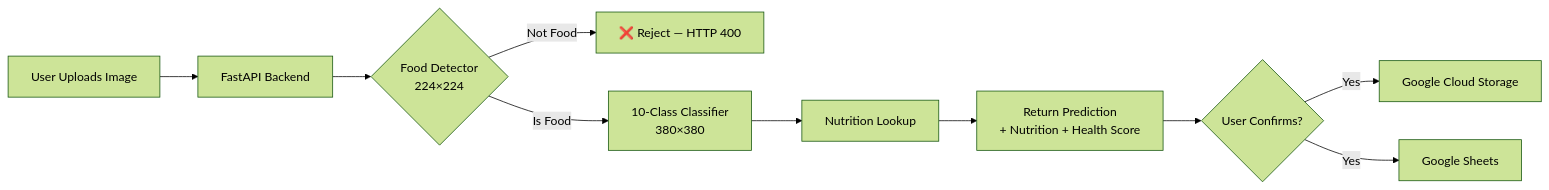
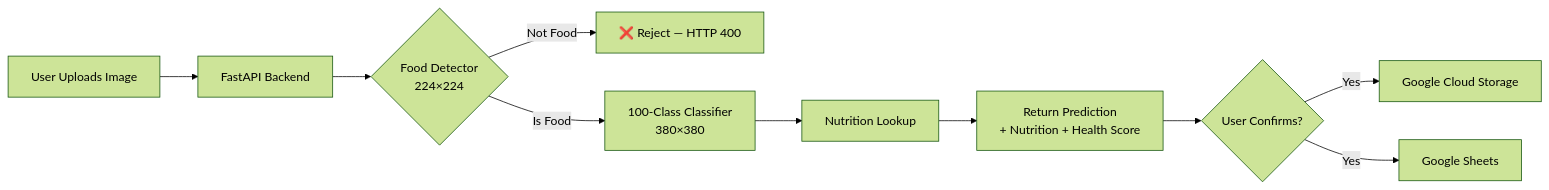
One commit to PaingLinHtike/Nutrify changed the first of 2 diagrams in README.md. Above: the diagram before and after it, drawn with Mermaid (forest theme). The commit also changed other lines of this file, not shown here.

````diff
--- a/README.md
+++ b/README.md
@@ -28,12 +28,12 @@
 ```mermaid
 flowchart LR
     A[User Uploads Image] --> B[FastAPI Backend]
     B --> C{Food Detector<br/>224×224}
     C -->|Not Food| D[❌ Reject — HTTP 400]
-    C -->|Is Food| E[10-Class Classifier<br/>380×380]
+    C -->|Is Food| E[100-Class Classifier<br/>380×380]
     E --> F[Nutrition Lookup]
     F --> G[Return Prediction<br/>+ Nutrition + Health Score]
     G --> H{User Confirms?}
     H -->|Yes| I[Google Cloud Storage]
     H -->|Yes| J[Google Sheets]
 ```
````
